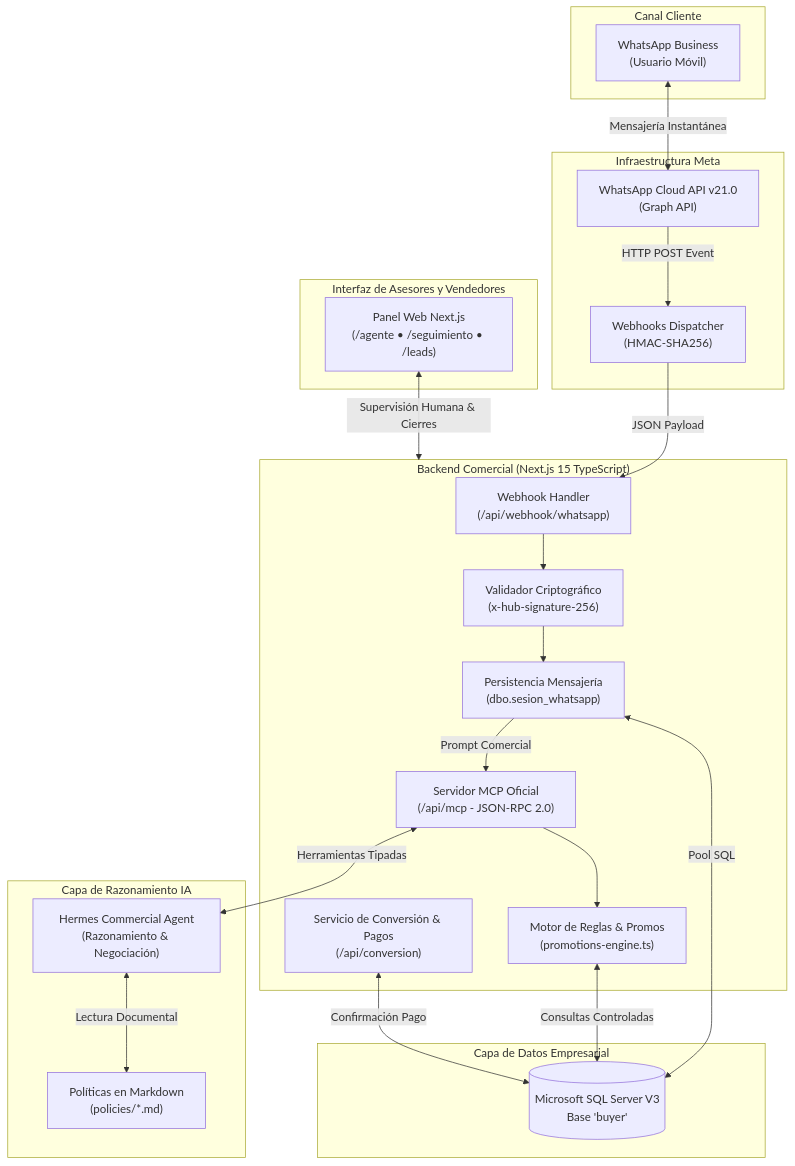
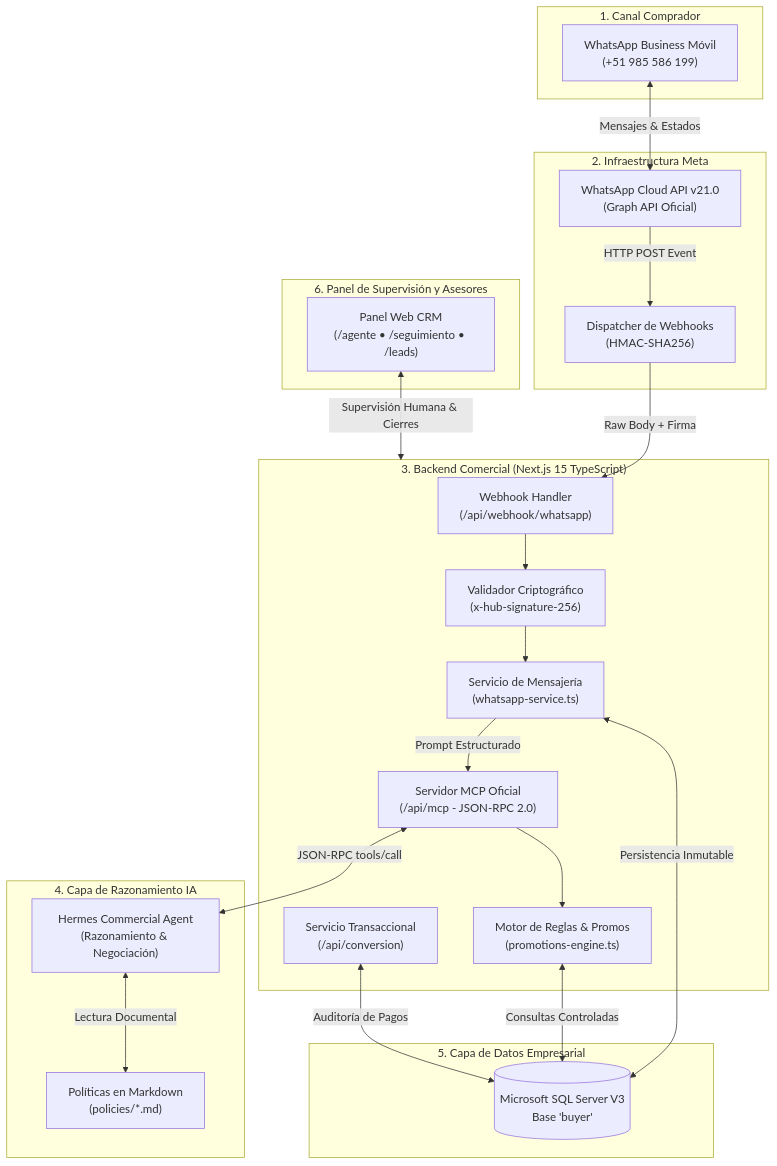
The diagram in docs/INFORME_TECNICO_LEADS_ESTABLO.md (EduRomero13/establo-ai-leads), drawn with Mermaid before and after one commit. The commit also changed other lines of this file, not shown here.

Commit message:
docs: actualizar informe tecnico definitivo con explicacion de cada modulo y correccion de errores whatsapp

````diff
--- a/docs/INFORME_TECNICO_LEADS_ESTABLO.md
+++ b/docs/INFORME_TECNICO_LEADS_ESTABLO.md
@@ -39,49 +35,49 @@
 ```mermaid
 flowchart TD
-    subgraph Cliente["Canal Cliente"]
-        WA["WhatsApp Business\n(Usuario Móvil)"]
+    subgraph CanalCliente["1. Canal Comprador"]
+        WA["WhatsApp Business Móvil\n(+51 985 586 199)"]
     end
 
-    subgraph MetaCloud["Infraestructura Meta"]
-        API_META["WhatsApp Cloud API v21.0\n(Graph API)"]
-        WEBHOOK_EVENT["Webhooks Dispatcher\n(HMAC-SHA256)"]
+    subgraph MetaInfra["2. Infraestructura Meta"]
+        META_API["WhatsApp Cloud API v21.0\n(Graph API Oficial)"]
+        WEBHOOK_PUB["Dispatcher de Webhooks\n(HMAC-SHA256)"]
     end
 
-    subgraph BackendNext["Backend Comercial (Next.js 15 TypeScript)"]
-        WH_ROUTE["Webhook Handler\n(/api/webhook/whatsapp)"]
-        AUTH_HMAC["Validador Criptográfico\n(x-hub-signature-256)"]
-        PERSIST_SRV["Persistencia Mensajería\n(dbo.sesion_whatsapp)"]
-        MCP_SERVER["Servidor MCP Oficial\n(/api/mcp - JSON-RPC 2.0)"]
-        PROMO_ENG["Motor de Reglas & Promos\n(promotions-engine.ts)"]
-        CONV_SRV["Servicio de Conversión & Pagos\n(/api/conversion)"]
+    subgraph CoreBackend["3. Backend Comercial (Next.js 15 TypeScript)"]
+        WH_HANDLER["Webhook Handler\n(/api/webhook/whatsapp)"]
+        CRYPTO_VAL["Validador Criptográfico\n(x-hub-signature-256)"]
+        MSG_SERVICE["Servicio de Mensajería\n(whatsapp-service.ts)"]
+        MCP_ENDPOINT["Servidor MCP Oficial\n(/api/mcp - JSON-RPC 2.0)"]
+        REGLAS_ENG["Motor de Reglas & Promos\n(promotions-engine.ts)"]
+        CONV_SERVICE["Servicio Transaccional\n(/api/conversion)"]
     end
 
-    subgraph StorageSQL["Capa de Datos Empresarial"]
-        SQL_SERVER[("Microsoft SQL Server V3\nBase 'buyer'")]
-    end
-
-    subgraph AgenteAI["Capa de Razonamiento IA"]
+    subgraph AgenteHermes["4. Capa de Razonamiento IA"]
         HERMES["Hermes Commercial Agent\n(Razonamiento & Negociación)"]
         POLICIES["Políticas en Markdown\n(policies/*.md)"]
     end
 
-    subgraph PanelAdmin["Interfaz de Asesores y Vendedores"]
-        UI_CRM["Panel Web Next.js\n(/agente • /seguimiento • /leads)"]
+    subgraph DataTier["5. Capa de Datos Empresarial"]
+        SQL_DB[("Microsoft SQL Server V3\nBase 'buyer'")]
     end
 
-    WA <-->|"Mensajería Instantánea"| API_META
-    API_META -->|"HTTP POST Event"| WEBHOOK_EVENT
-    WEBHOOK_EVENT -->|"JSON Payload"| WH_ROUTE
-    WH_ROUTE --> AUTH_HMAC
-    AUTH_HMAC --> PERSIST_SRV
-    PERSIST_SRV <-->|"Pool SQL"| SQL_SERVER
+    subgraph OperadoresCRM["6. Panel de Supervisión y Asesores"]
+        PANEL_WEB["Panel Web CRM\n(/agente • /seguimiento • /leads)"]
+    end
+
+    WA <-->|"Mensajes & Estados"| META_API
+    META_API -->|"HTTP POST Event"| WEBHOOK_PUB
+    WEBHOOK_PUB -->|"Raw Body + Firma"| WH_HANDLER
+    WH_HANDLER --> CRYPTO_VAL
+    CRYPTO_VAL --> MSG_SERVICE
+    MSG_SERVICE <-->|"Persistencia Inmutable"| SQL_DB
     
-    PERSIST_SRV -->|"Prompt Comercial"| MCP_SERVER
-    MCP_SERVER <-->|"Herramientas Tipadas"| HERMES
+    MSG_SERVICE -->|"Prompt Estructurado"| MCP_ENDPOINT
+    MCP_ENDPOINT <-->|"JSON-RPC tools/call"| HERMES
     HERMES <-->|"Lectura Documental"| POLICIES
-    MCP_SERVER --> PROMO_ENG
-    PROMO_ENG <-->|"Consultas Controladas"| SQL_SERVER
+    MCP_ENDPOINT --> REGLAS_ENG
+    REGLAS_ENG <-->|"Consultas Controladas"| SQL_DB
 
-    CONV_SRV <-->|"Confirmación Pago"| SQL_SERVER
-    UI_CRM <-->|"Supervisión Humana & Cierres"| BackendNext
+    CONV_SERVICE <-->|"Auditoría de Pagos"| SQL_DB
+    PANEL_WEB <-->|"Supervisión Humana & Cierres"| CoreBackend
 ```
````
